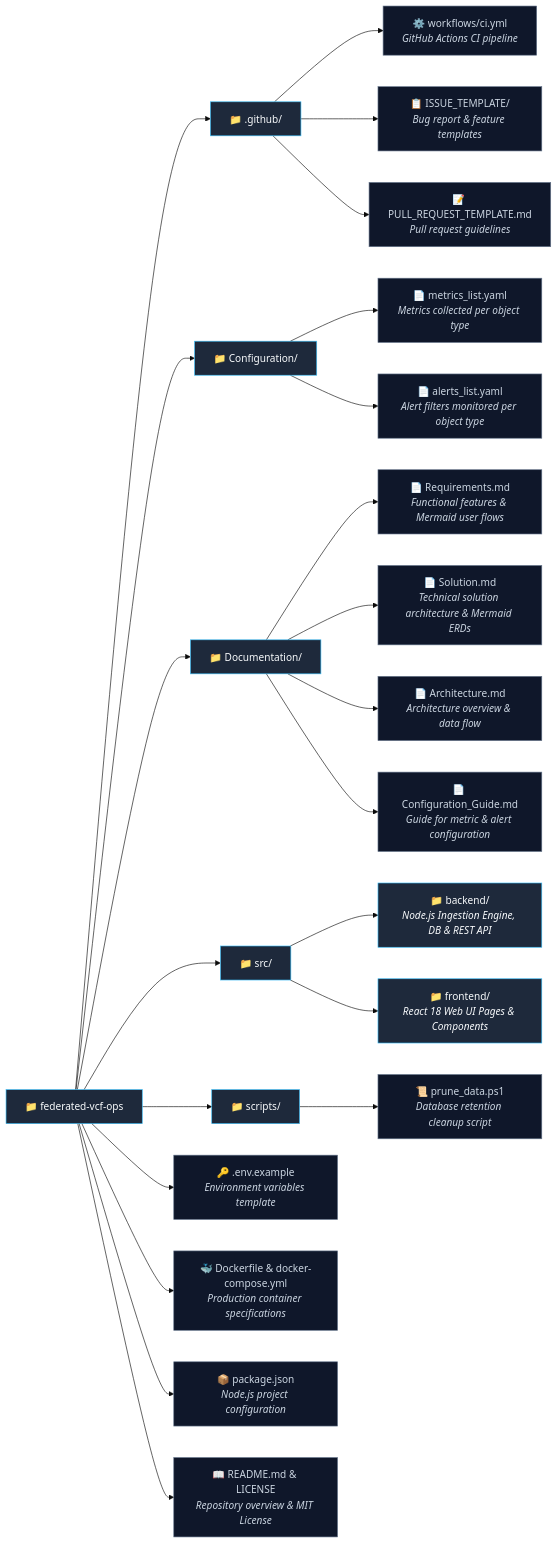
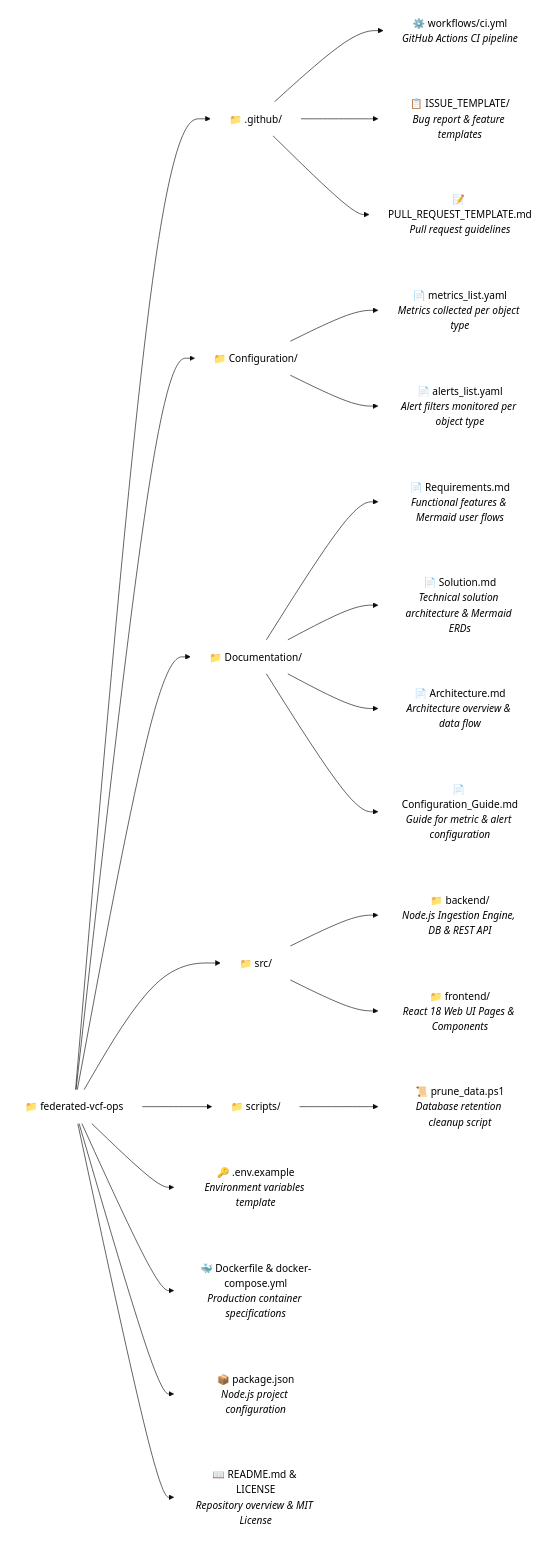
One commit to e1-rahabok/Federated-VCF-Operations changed the diagram in README.md. Above: the diagram before and after it, drawn with Mermaid (base theme).

Commit message:
docs: remove rectangular borders and black backgrounds in README Mermaid tree, change text to black

````diff
--- a/README.md
+++ b/README.md
@@ -27,40 +27,40 @@
 ```mermaid
 flowchart LR
-    classDef folder fill:#1e293b,stroke:#38bdf8,stroke-width:1px,color:#f8fafc;
-    classDef file fill:#0f172a,stroke:#64748b,stroke-width:1px,color:#cbd5e1;
+    classDef folder fill:none,stroke:none,color:#000000;
+    classDef file fill:none,stroke:none,color:#000000;
 
     Root["📁 federated-vcf-ops"]:::folder
 
     %% .github folder
     Root --> GH["📁 .github/"]:::folder
     GH --> GH1["⚙️ workflows/ci.yml<br/><i>GitHub Actions CI pipeline</i>"]:::file
     GH --> GH2["📋 ISSUE_TEMPLATE/<br/><i>Bug report & feature templates</i>"]:::file
     GH --> GH3["📝 PULL_REQUEST_TEMPLATE.md<br/><i>Pull request guidelines</i>"]:::file
 
     %% Configuration folder
     Root --> CONF["📁 Configuration/"]:::folder
     CONF --> C1["📄 metrics_list.yaml<br/><i>Metrics collected per object type</i>"]:::file
     CONF --> C2["📄 alerts_list.yaml<br/><i>Alert filters monitored per object type</i>"]:::file
 
     %% Documentation folder
     Root --> DOC["📁 Documentation/"]:::folder
     DOC --> D1["📄 Requirements.md<br/><i>Functional features & Mermaid user flows</i>"]:::file
     DOC --> D2["📄 Solution.md<br/><i>Technical solution architecture & Mermaid ERDs</i>"]:::file
     DOC --> D3["📄 Architecture.md<br/><i>Architecture overview & data flow</i>"]:::file
     DOC --> D4["📄 Configuration_Guide.md<br/><i>Guide for metric & alert configuration</i>"]:::file
 
     %% src folder
     Root --> SRC["📁 src/"]:::folder
     SRC --> B["📁 backend/<br/><i>Node.js Ingestion Engine, DB & REST API</i>"]:::folder
     SRC --> F["📁 frontend/<br/><i>React 18 Web UI Pages & Components</i>"]:::folder
 
     %% scripts folder
     Root --> SCR["📁 scripts/"]:::folder
     SCR --> S1["📜 prune_data.ps1<br/><i>Database retention cleanup script</i>"]:::file
 
     %% Root configuration files
     Root --> ENV["🔑 .env.example<br/><i>Environment variables template</i>"]:::file
     Root --> DOCK["🐳 Dockerfile & docker-compose.yml<br/><i>Production container specifications</i>"]:::file
     Root --> PKG["📦 package.json<br/><i>Node.js project configuration</i>"]:::file
     Root --> READ["📖 README.md & LICENSE<br/><i>Repository overview & MIT License</i>"]:::file
 ```
````
